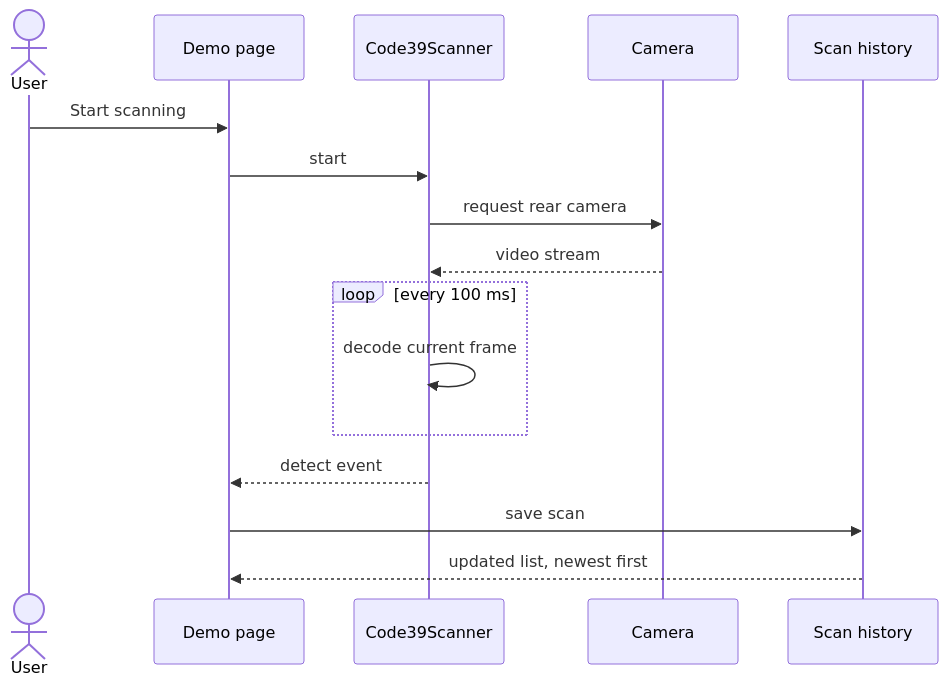
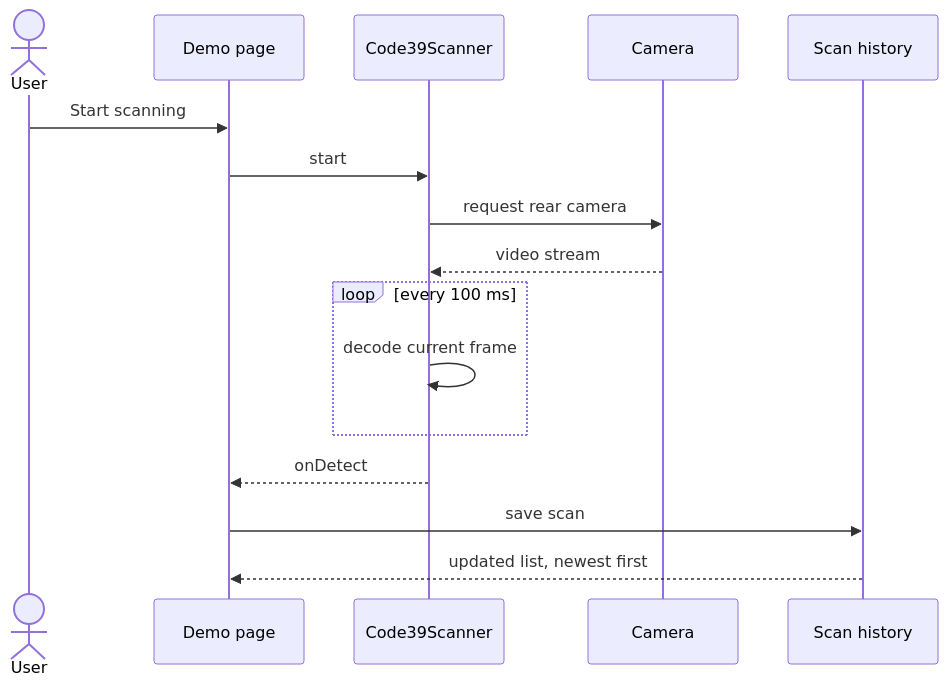
The third of 4 diagrams in README.md (yagnikpipaliya/code39scanner), drawn with Mermaid before and after one commit. The commit also changed other lines of this file and 19 other files, not shown here.

````diff
--- a/README.md
+++ b/README.md
@@ -101,18 +90,18 @@
 ```mermaid
 sequenceDiagram
     actor User
     participant Page as Demo page
     participant Scanner as Code39Scanner
     participant Camera
     participant Store as Scan history
     User->>Page: Start scanning
     Page->>Scanner: start
     Scanner->>Camera: request rear camera
     Camera-->>Scanner: video stream
     loop every 100 ms
         Scanner->>Scanner: decode current frame
     end
-    Scanner-->>Page: detect event
+    Scanner-->>Page: onDetect
     Page->>Store: save scan
     Store-->>Page: updated list, newest first
 ```
````
